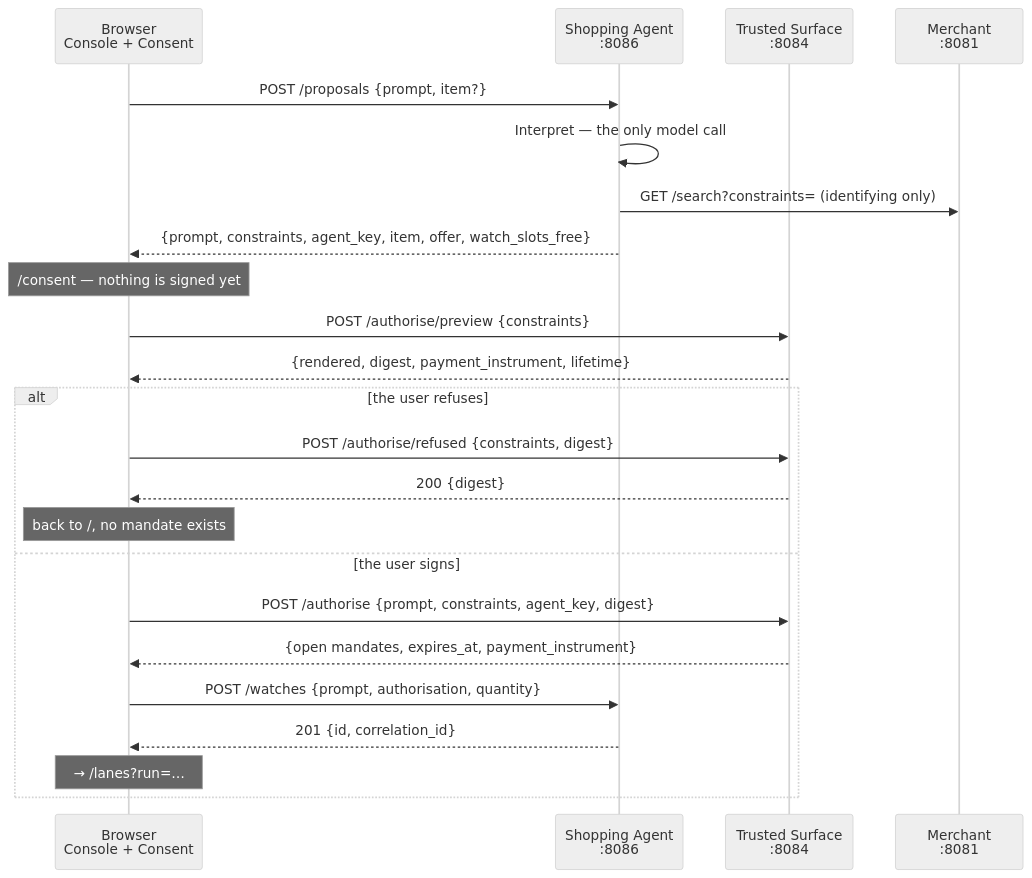
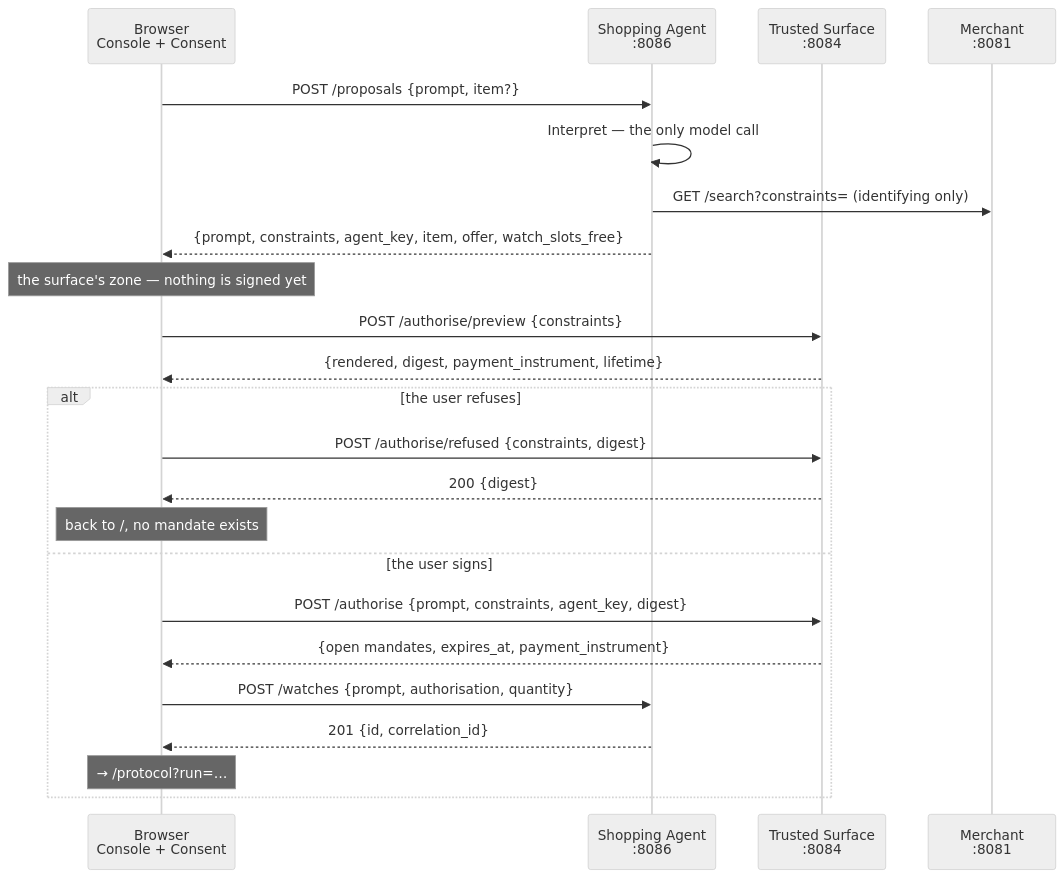
Before and after one commit to SkylinePlatform/agentic-payments: the diagram in docs/specs/2026-08-10-trusted-surface-consent-design.md, drawn with Mermaid (neutral theme). The commit also changed other lines of this file and 29 other files, not shown here.

````diff
--- a/docs/specs/2026-08-10-trusted-surface-consent-design.md
+++ b/docs/specs/2026-08-10-trusted-surface-consent-design.md
@@ -38,28 +44,28 @@
 ```mermaid
 sequenceDiagram
     participant B as Browser<br/>Console + Consent
     participant A as Shopping Agent<br/>:8086
     participant S as Trusted Surface<br/>:8084
     participant M as Merchant<br/>:8081
 
     B->>A: POST /proposals {prompt, item?}
     A->>A: Interpret — the only model call
     A->>M: GET /search?constraints= (identifying only)
     A-->>B: {prompt, constraints, agent_key, item, offer, watch_slots_free}
 
-    Note over B: /consent — nothing is signed yet
+    Note over B: the surface's zone — nothing is signed yet
     B->>S: POST /authorise/preview {constraints}
     S-->>B: {rendered, digest, payment_instrument, lifetime}
 
     alt the user refuses
         B->>S: POST /authorise/refused {constraints, digest}
         S-->>B: 200 {digest}
         Note over B: back to /, no mandate exists
     else the user signs
         B->>S: POST /authorise {prompt, constraints, agent_key, digest}
         S-->>B: {open mandates, expires_at, payment_instrument}
         B->>A: POST /watches {prompt, authorisation, quantity}
         A-->>B: 201 {id, correlation_id}
-        Note over B: → /lanes?run=…
+        Note over B: → /protocol?run=…
     end
 ```
````
